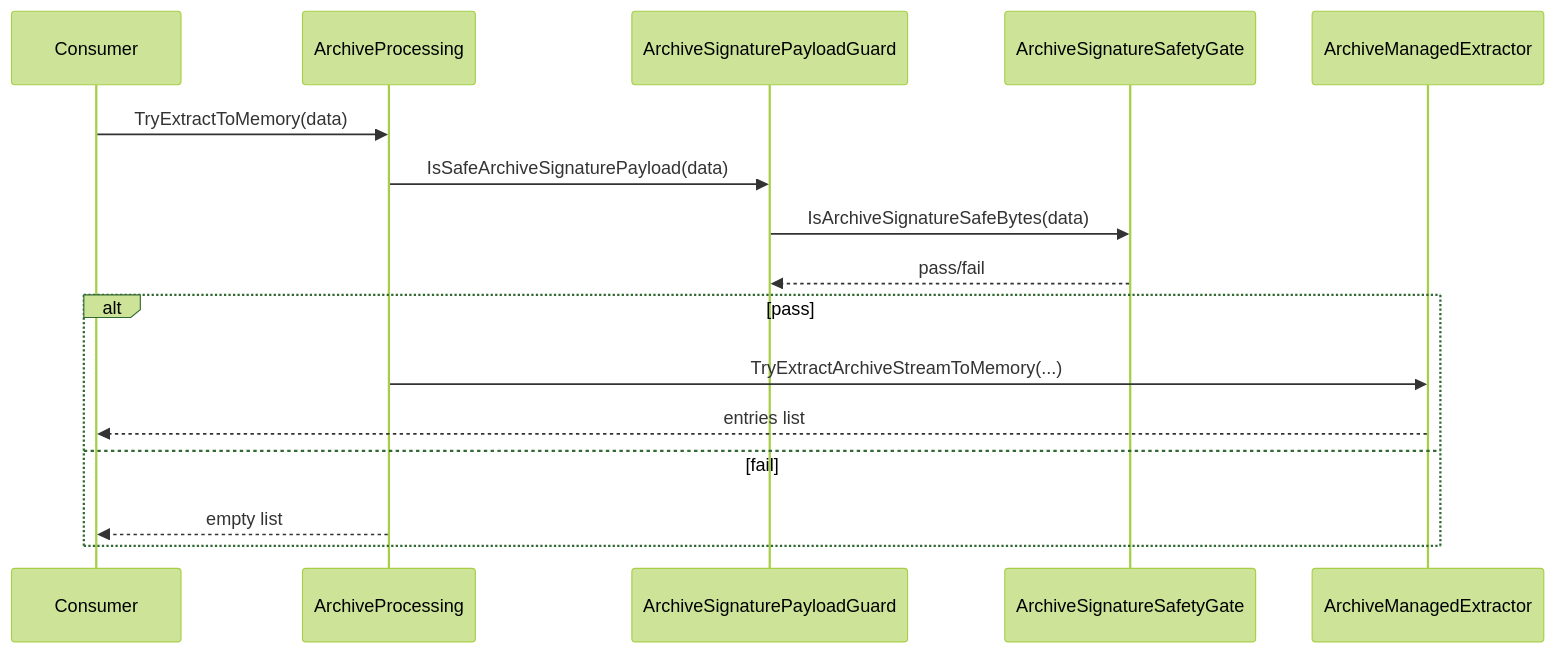
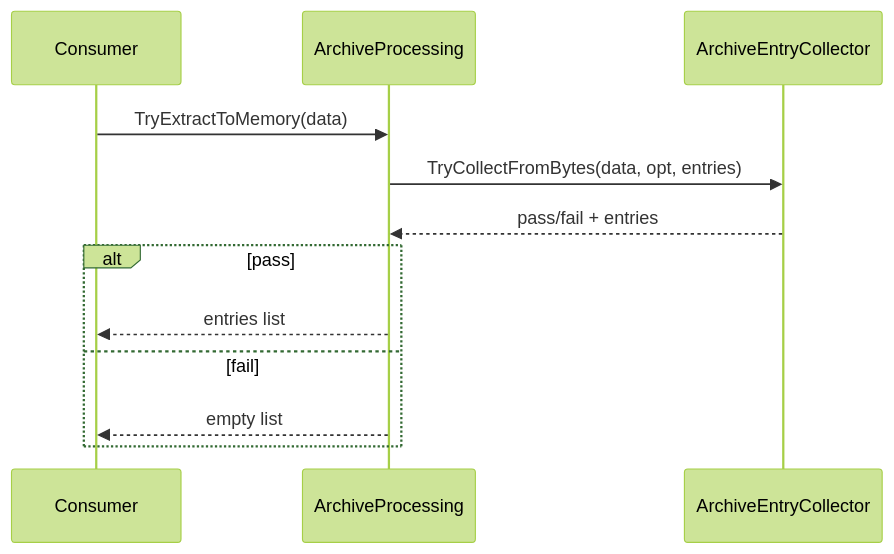
Before and after one commit to tomtastisch/FileClassifier: the sixth of 9 diagrams in docs/02_ARCHITECTURE_AND_FLOWS.md, drawn with Mermaid (forest theme). The commit also changed other lines of this file and 10 other files, not shown here.

Commit message:
refactor: konsolidiere archive-entry flow und haerte hash optionen

````diff
--- a/docs/02_ARCHITECTURE_AND_FLOWS.md
+++ b/docs/02_ARCHITECTURE_AND_FLOWS.md
@@ -237,20 +237,16 @@
 ```mermaid
 sequenceDiagram
   participant Caller as Consumer
   participant ZP as ArchiveProcessing
-  participant Guard as ArchiveSignaturePayloadGuard
-  participant Gate as ArchiveSignatureSafetyGate
-  participant Extract as ArchiveManagedExtractor
+  participant Collect as ArchiveEntryCollector
 
   Caller->>ZP: TryExtractToMemory(data)
-  ZP->>Guard: IsSafeArchiveSignaturePayload(data)
-  Guard->>Gate: IsArchiveSignatureSafeBytes(data)
-  Gate-->>Guard: pass/fail
+  ZP->>Collect: TryCollectFromBytes(data, opt, entries)
+  Collect-->>ZP: pass/fail + entries
 
   alt pass
-    ZP->>Extract: TryExtractArchiveStreamToMemory(...)
-    Extract-->>Caller: entries list
+    ZP-->>Caller: entries list
   else fail
     ZP-->>Caller: empty list
   end
 ```
````
